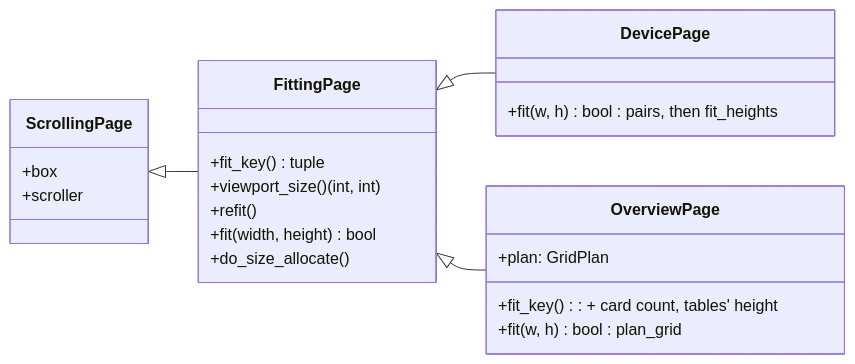
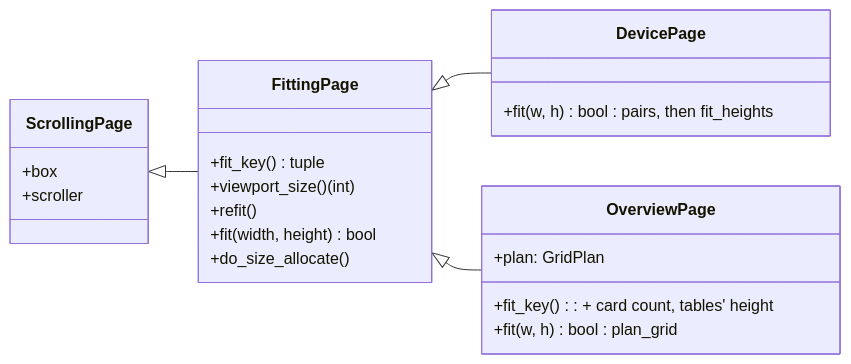
The third of 3 diagrams in docs/design/09.1-widgets.md (mamadingleberry/proccoli), drawn with Mermaid before and after one commit. The commit also changed other lines of this file and 417 other files, not shown here.

````diff
--- a/docs/design/09.1-widgets.md
+++ b/docs/design/09.1-widgets.md
@@ -223,26 +223,26 @@
 ```mermaid
 classDiagram
     direction LR
     class ScrollingPage {
         +box
         +scroller
     }
     class FittingPage {
         +fit_key() tuple
-        +viewport_size() (int, int)
+        +viewport_size() (int)
         +refit()
         +fit(width, height) bool
         +do_size_allocate()
     }
     class DevicePage {
         +fit(w, h) bool : pairs, then fit_heights
     }
     class OverviewPage {
         +plan: GridPlan
         +fit_key() : + card count, tables' height
         +fit(w, h) bool : plan_grid
     }
     ScrollingPage <|-- FittingPage
     FittingPage <|-- DevicePage
     FittingPage <|-- OverviewPage
 ```
````
